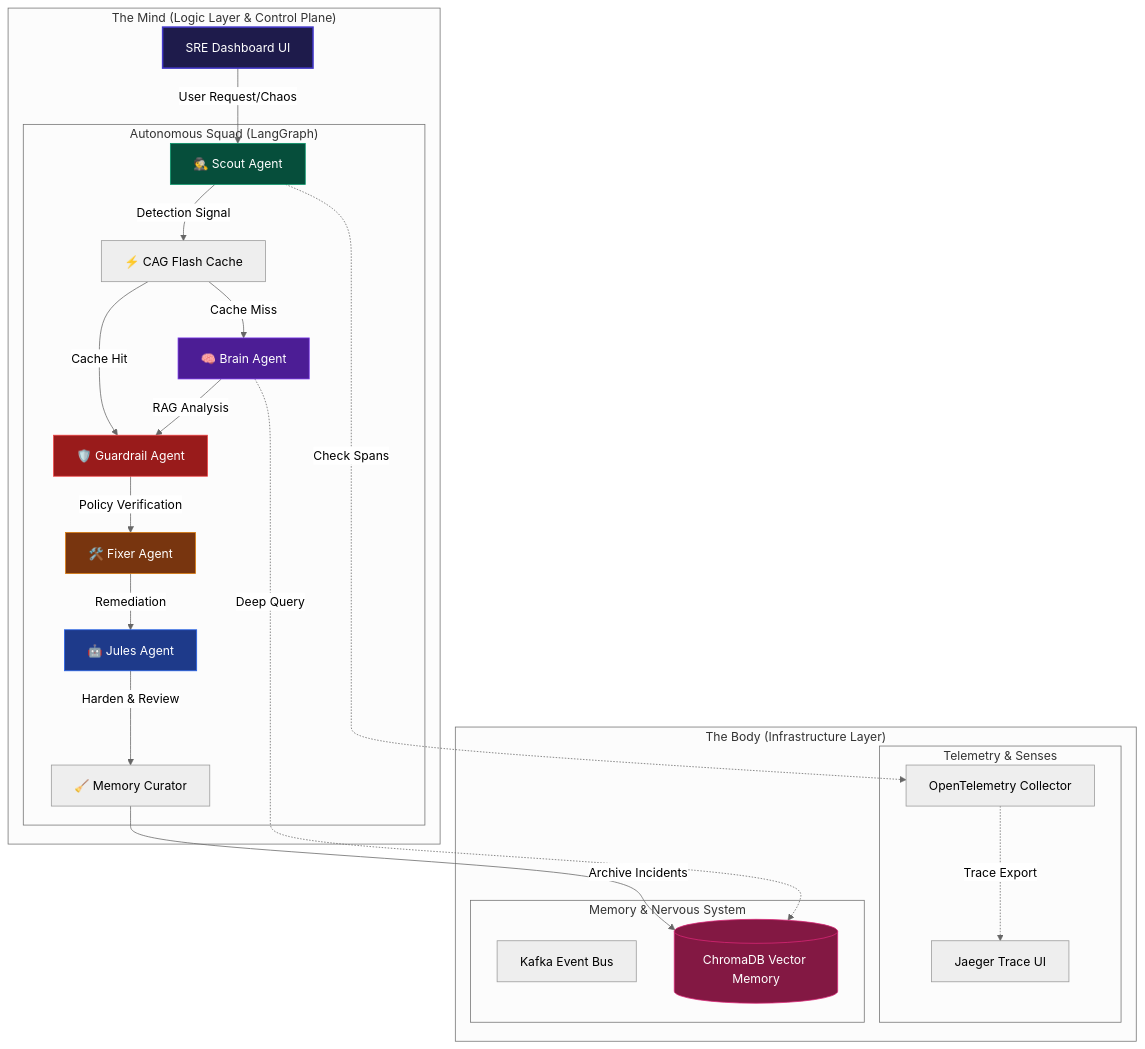
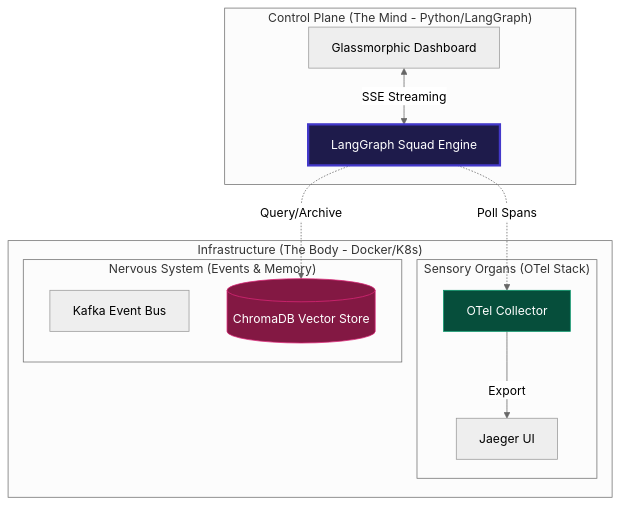
One commit to mohammedsalmanj/sre.space-cp changed the first of 4 diagrams in README.md. Above: the diagram before and after it, drawn with Mermaid (neutral theme). The commit also changed other lines of this file, not shown here.

Commit message:
Docs: Complete 4-diagram technical overhaul for SRE-Space v3.0 README

````diff
--- a/README.md
+++ b/README.md
@@ -18,51 +18,28 @@
 ```mermaid
 graph TD
-    subgraph "The Mind (Logic Layer & Control Plane)"
-        Dashboard[SRE Dashboard UI]
-        subgraph "Autonomous Squad (LangGraph)"
-            Scout[🕵️ Scout Agent]
-            CAG[⚡ CAG Flash Cache]
-            Brain[🧠 Brain Agent]
-            Guardrail[🛡️ Guardrail Agent]
-            Fixer[🛠️ Fixer Agent]
-            Jules[🤖 Jules Agent]
-            Curator[🧹 Memory Curator]
+    subgraph "Control Plane (The Mind - Python/LangGraph)"
+        UI[Glassmorphic Dashboard]
+        Logic[LangGraph Squad Engine]
+        UI <-->|SSE Streaming| Logic
+    end
+
+    subgraph "Infrastructure (The Body - Docker/K8s)"
+        subgraph "Sensory Organs (OTel Stack)"
+            Collector[OTel Collector]
+            Jaeger[Jaeger UI]
+        end
+        subgraph "Nervous System (Events & Memory)"
+            Kafka[Kafka Event Bus]
+            Chroma[(ChromaDB Vector Store)]
         end
     end
 
-    subgraph "The Body (Infrastructure Layer)"
-        subgraph "Telemetry & Senses"
-            OTel[OpenTelemetry Collector]
-            Jaeger[Jaeger Trace UI]
-        end
-        subgraph "Memory & Nervous System"
-            Kafka[Kafka Event Bus]
-            Chroma[(ChromaDB Vector Memory)]
-        end
-    end
-
-    %% Interactions
-    Dashboard -->|User Request/Chaos| Scout
-    Scout -->|Detection Signal| CAG
-    CAG -->|Cache Miss| Brain
-    CAG -->|Cache Hit| Guardrail
-    Brain -->|RAG Analysis| Guardrail
-    Guardrail -->|Policy Verification| Fixer
-    Fixer -->|Remediation| Jules
-    Jules -->|Harden & Review| Curator
-    Curator -->|Archive Incidents| Chroma
-
-    %% Data Connections
-    Scout -.->|Check Spans| OTel
-    Brain -.->|Deep Query| Chroma
-    OTel -.->|Trace Export| Jaeger
+    %% Connections
+    Logic -.->|Poll Spans| Collector
+    Logic -.->|Query/Archive| Chroma
+    Collector -->|Export| Jaeger
     
-    %% Styling
-    style Dashboard fill:#1e1b4b,stroke:#4338ca,color:#fff,stroke-width:2px
-    style Scout fill:#064e3b,stroke:#059669,color:#fff
-    style Brain fill:#4c1d95,stroke:#7c3aed,color:#fff
-    style Guardrail fill:#991b1b,stroke:#ef4444,color:#fff
-    style Fixer fill:#78350f,stroke:#d97706,color:#fff
-    style Jules fill:#1e3a8a,stroke:#2563eb,color:#fff
+    style Logic fill:#1e1b4b,stroke:#4338ca,color:#fff,stroke-width:3px
+    style Collector fill:#064e3b,stroke:#059669,color:#fff
     style Chroma fill:#831843,stroke:#db2777,color:#fff
 ```
````
